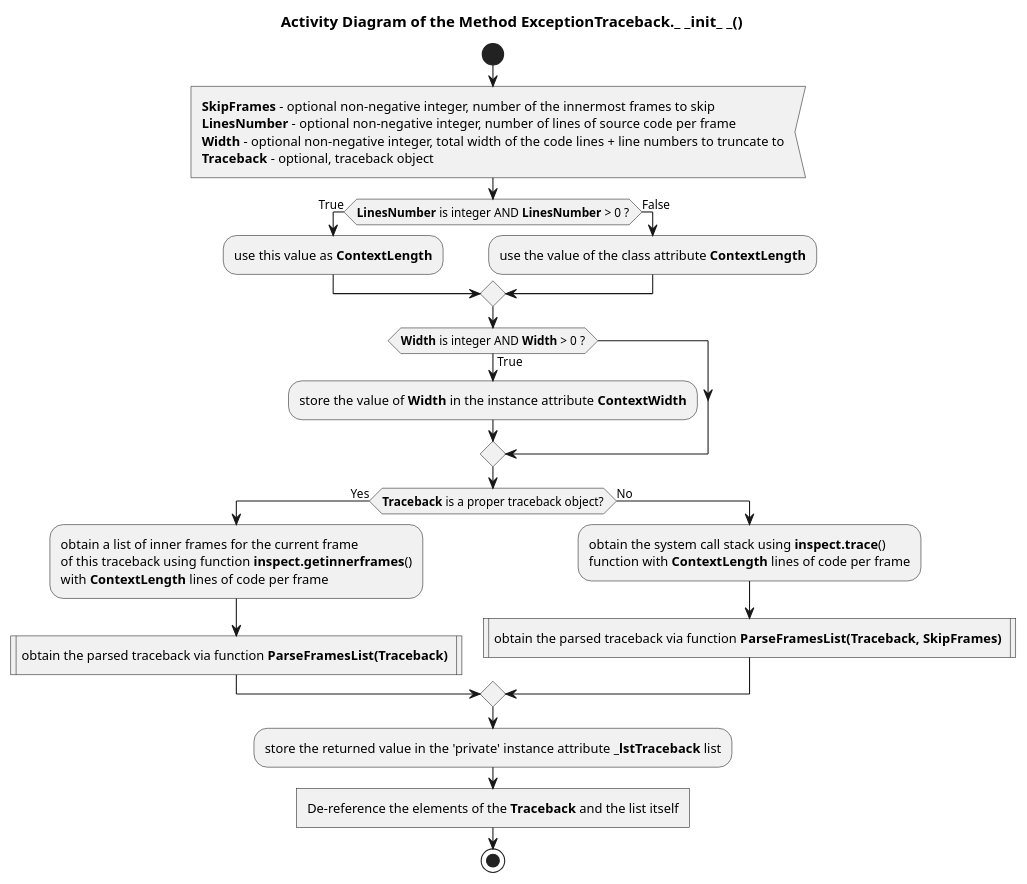
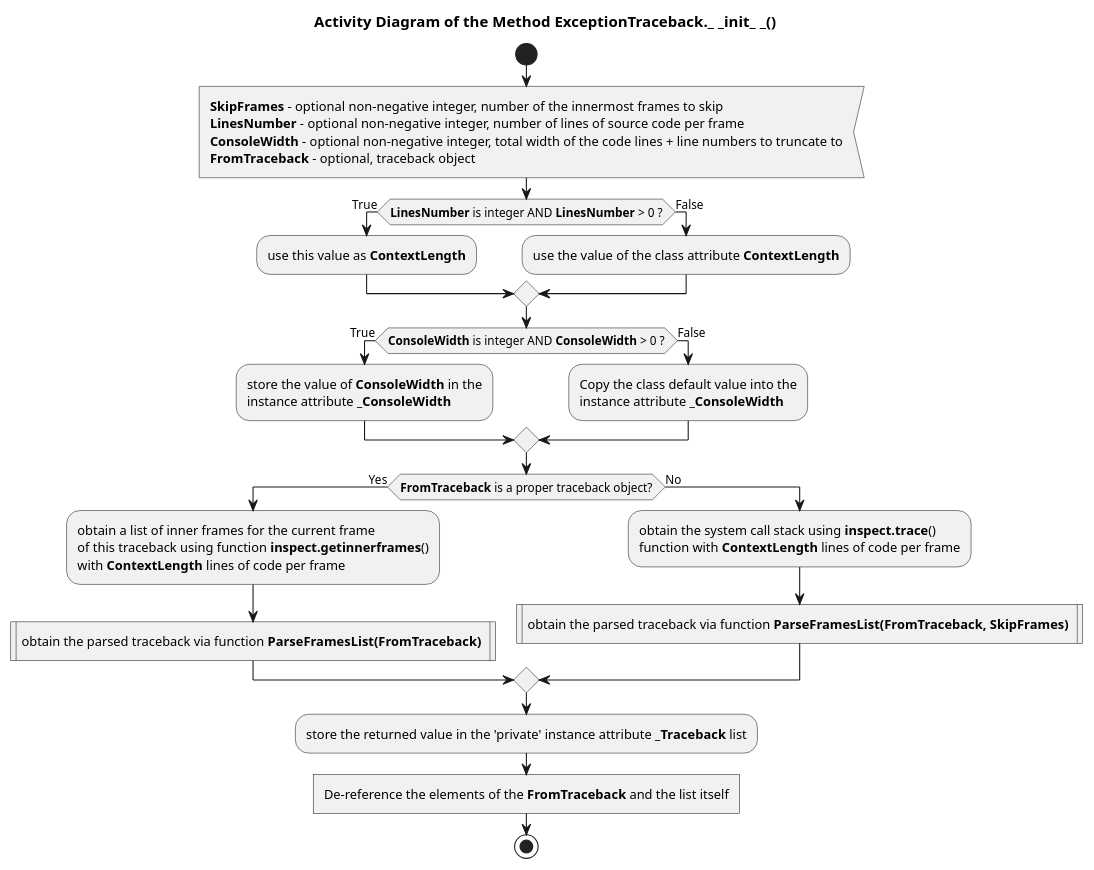
Before and after one commit to FooBarShebang/introspection_lib: the diagram in Documentation/UML/traceback/traceback_exceptiontraceback_init.pu, drawn with PlantUML. The commit also changed 22 other files, not shown here.

```diff
--- a/Documentation/UML/traceback/traceback_exceptiontraceback_init.pu
+++ b/Documentation/UML/traceback/traceback_exceptiontraceback_init.pu
@@ -1,38 +1,40 @@
 @startuml traceback_exceptiontraceback_init
 
 title Activity Diagram of the Method ExceptionTraceback._ _init_ _()
 
 start
 
 :<b>SkipFrames</b> - optional non-negative integer, number of the innermost frames to skip
 <b>LinesNumber</b> - optional non-negative integer, number of lines of source code per frame
-<b>Width</b> - optional non-negative integer, total width of the code lines + line numbers to truncate to
-<b>Traceback</b> - optional, traceback object<
+<b>ConsoleWidth</b> - optional non-negative integer, total width of the code lines + line numbers to truncate to
+<b>FromTraceback</b> - optional, traceback object<
 
 if (<b>LinesNumber</b> is integer AND <b>LinesNumber</b> > 0 ?) then (True)
     :use this value as <b>ContextLength</b>;
 else (False)
     :use the value of the class attribute <b>ContextLength</b>;
 endif
 
-if (<b>Width</b> is integer AND <b>Width</b> > 0 ?) then (True)
-    :store the value of <b>Width</b> in the instance attribute <b>ContextWidth</b>;
+if (<b>ConsoleWidth</b> is integer AND <b>ConsoleWidth</b> > 0 ?) then (True)
+    :store the value of <b>ConsoleWidth</b> in the\ninstance attribute <b>_ConsoleWidth</b>;
+else (False)
+    :Copy the class default value into the\ninstance attribute <b>_ConsoleWidth</b>;
 endif
 
-if (<b>Traceback</b> is a proper traceback object?) then (Yes)
+if (<b>FromTraceback</b> is a proper traceback object?) then (Yes)
     :obtain a list of inner frames for the current frame\nof this traceback using function <b>inspect.getinnerframes</b>()\nwith <b>ContextLength</b> lines of code per frame;
 
-    :obtain the parsed traceback via function <b>ParseFramesList(Traceback)</b> |
+    :obtain the parsed traceback via function <b>ParseFramesList(FromTraceback)</b> |
 else (No)
     :obtain the system call stack using <b>inspect.trace</b>()\nfunction with <b>ContextLength</b> lines of code per frame;
 
-    :obtain the parsed traceback via function <b>ParseFramesList(Traceback, SkipFrames)</b> |
+    :obtain the parsed traceback via function <b>ParseFramesList(FromTraceback, SkipFrames)</b> |
 endif
 
-:store the returned value in the 'private' instance attribute <b>_lstTraceback</b> list;
+:store the returned value in the 'private' instance attribute <b>_Traceback</b> list;
 
-:De-reference the elements of the <b>Traceback</b> and the list itself]
+:De-reference the elements of the <b>FromTraceback</b> and the list itself]
 
 stop
 
 @enduml
```
